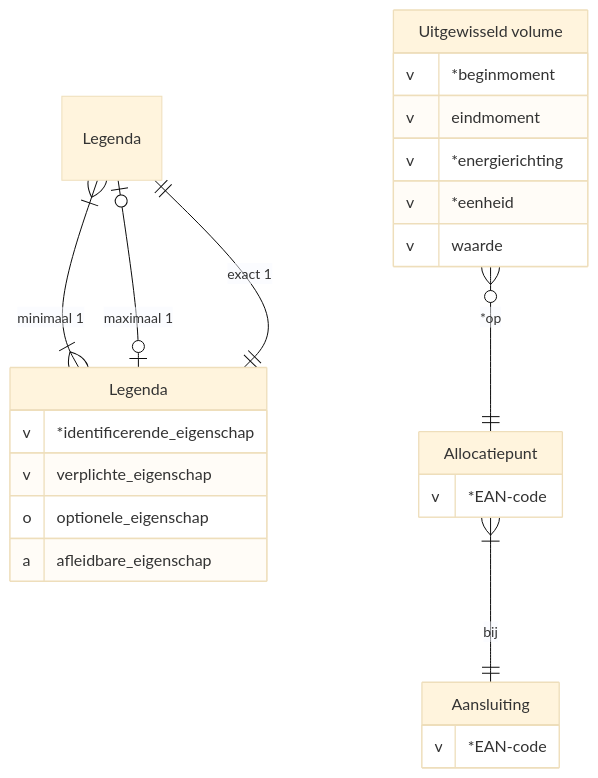
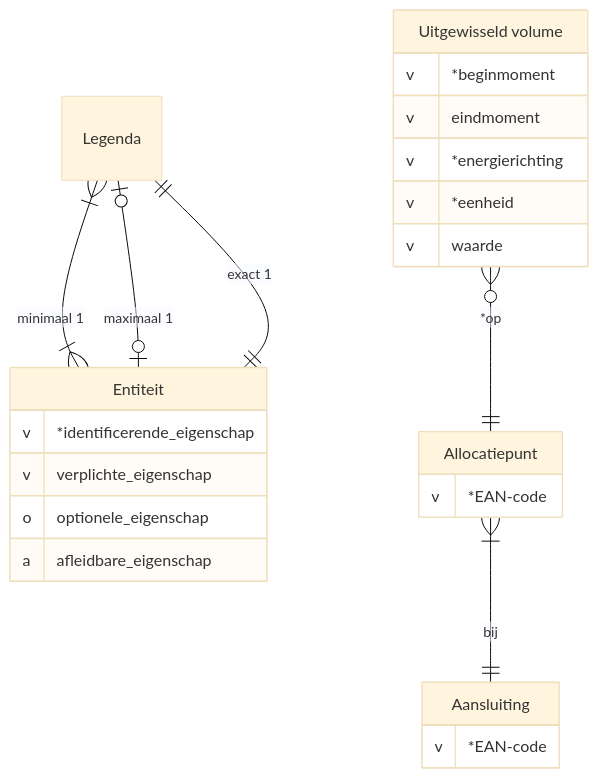
One commit to sefanja/dataproduct-meetdata changed the diagram in README.md. Above: the diagram before and after it, drawn with Mermaid (base theme).

````diff
--- a/README.md
+++ b/README.md
@@ -3,30 +3,30 @@
 ```mermaid
 erDiagram
-  "Legenda " }|--|{ Legenda : "minimaal 1"
-  "Legenda " |o--o| Legenda : "maximaal 1"
-  "Legenda " ||--|| Legenda : "exact 1"
-  Legenda {
+  "Legenda " }|--|{ Entiteit : "minimaal 1"
+  "Legenda " |o--o| Entiteit : "maximaal 1"
+  "Legenda " ||--|| Entiteit : "exact 1"
+  Entiteit {
     v *identificerende_eigenschap
     v verplichte_eigenschap
     o optionele_eigenschap
     a afleidbare_eigenschap
   }
 
   Aansluiting {
     v *EAN-code
   }
 
   Allocatiepunt {
     v *EAN-code
   }
   Allocatiepunt }|--|| Aansluiting : "bij"
 
   "Uitgewisseld volume" {
     v *beginmoment
     v eindmoment
     v *energierichting
     v *eenheid
     v waarde
   }
   "Uitgewisseld volume" }o--|| Allocatiepunt : "*op"
 ```
````
